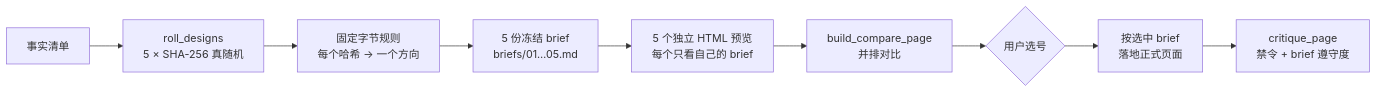
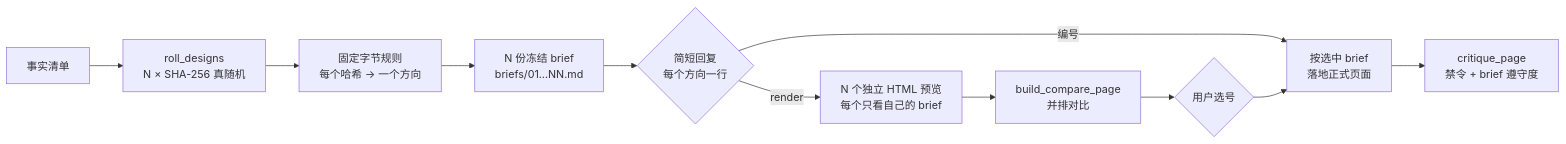
The diagram in README.zh-CN.md (qybaihe/hash-design), drawn with Mermaid before and after one commit. The commit also changed other lines of this file and 4 other files, not shown here.

````diff
--- a/README.zh-CN.md
+++ b/README.zh-CN.md
@@ -182,11 +224,13 @@
 ```mermaid
 flowchart LR
-  A[事实清单] --> B[roll_designs<br/>5 × SHA-256 真随机]
+  A[事实清单] --> B[roll_designs<br/>N × SHA-256 真随机]
   B --> C[固定字节规则<br/>每个哈希 → 一个方向]
-  C --> D[5 份冻结 brief<br/>briefs/01…05.md]
-  D --> E[5 个独立 HTML 预览<br/>每个只看自己的 brief]
+  C --> D[N 份冻结 brief<br/>briefs/01…NN.md]
+  D --> R{简短回复<br/>每个方向一行}
+  R -->|render| E[N 个独立 HTML 预览<br/>每个只看自己的 brief]
   E --> F[build_compare_page<br/>并排对比]
   F --> G{用户选号}
+  R -->|编号| H
   G --> H[按选中 brief<br/>落地正式页面]
   H --> I[critique_page<br/>禁令 + brief 遵守度]
 ```
````
